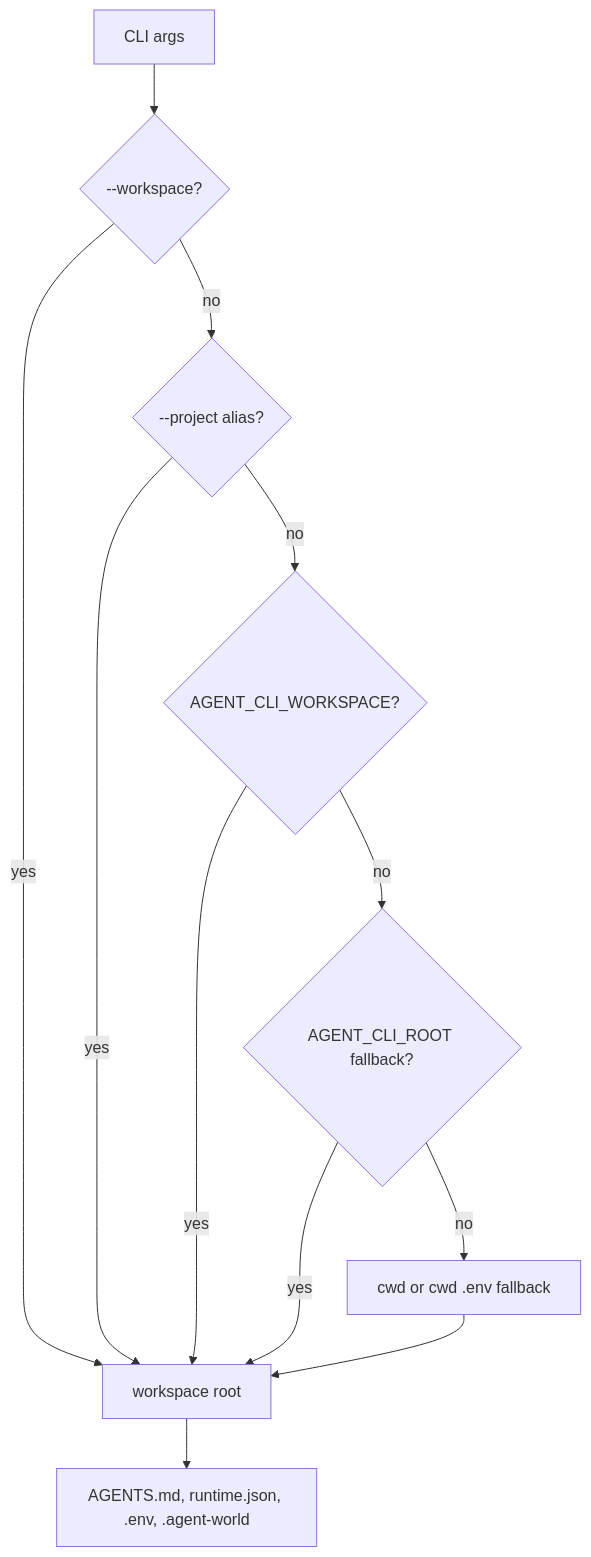
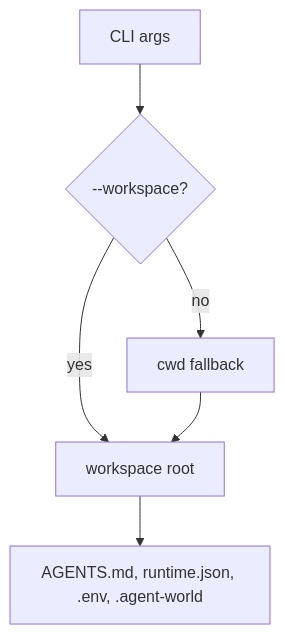
One commit to yysun/agent-cli changed the diagram in .docs/plans/2026/05/23/plan-workspace-terminology.md. Above: the diagram before and after it, drawn with Mermaid. The commit also changed other lines of this file and 24 other files, not shown here.

First line of the commit message:
Refactor workspace root handling to remove legacy aliases and environment variable dependencies

````diff
--- a/.docs/plans/2026/05/23/plan-workspace-terminology.md
+++ b/.docs/plans/2026/05/23/plan-workspace-terminology.md
@@ -7,14 +7,8 @@
 ```mermaid
 flowchart TD
   A[CLI args] --> B{--workspace?}
   B -- yes --> C[workspace root]
-  B -- no --> D{--project alias?}
-  D -- yes --> C
-  D -- no --> E{AGENT_CLI_WORKSPACE?}
-  E -- yes --> C
-  E -- no --> F{AGENT_CLI_ROOT fallback?}
-  F -- yes --> C
-  F -- no --> G[cwd or cwd .env fallback]
-  G --> C
+  B -- no --> D[cwd fallback]
+  D --> C
   C --> H[AGENTS.md, runtime.json, .env, .agent-world]
 ```
````
